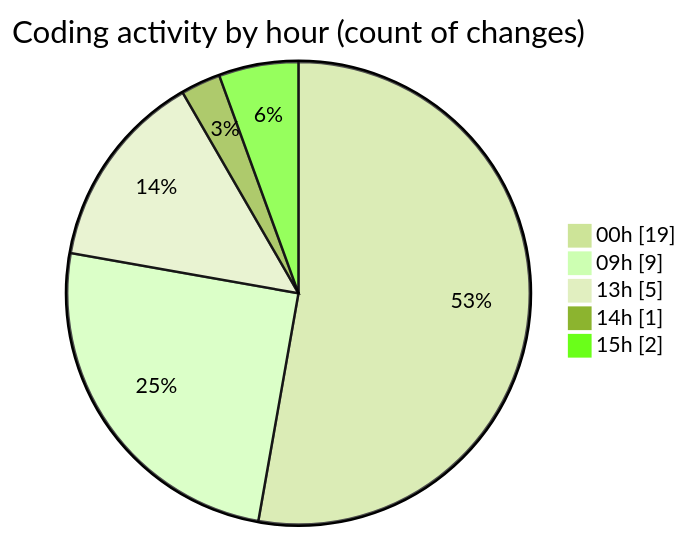
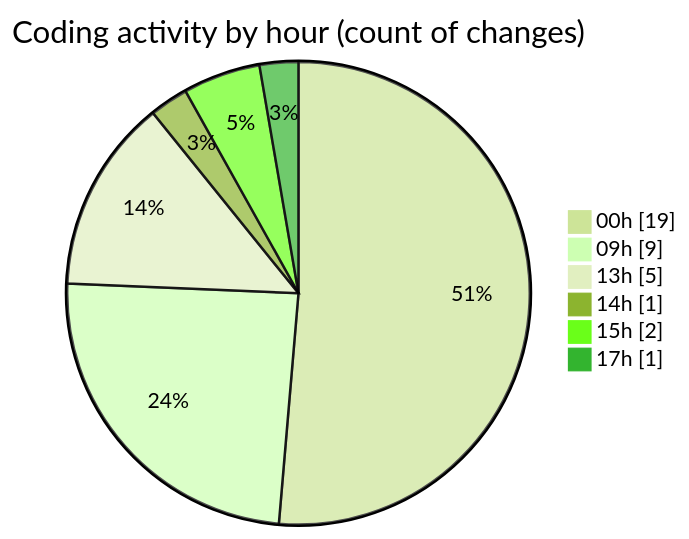
The second of 2 diagrams in 2025-08-12/ribbon/README.md (EIIisD/code-tracking), drawn with Mermaid (forest theme) before and after one commit. The commit also changed other lines of this file and 1 other file, not shown here.

````diff
--- a/2025-08-12/ribbon/README.md
+++ b/2025-08-12/ribbon/README.md
@@ -47,9 +47,10 @@
 ```mermaid
 pie showData
 title Coding activity by hour (count of changes)
 "00h" : 19
 "09h" : 9
 "13h" : 5
 "14h" : 1
 "15h" : 2
+"17h" : 1
 ```
````
